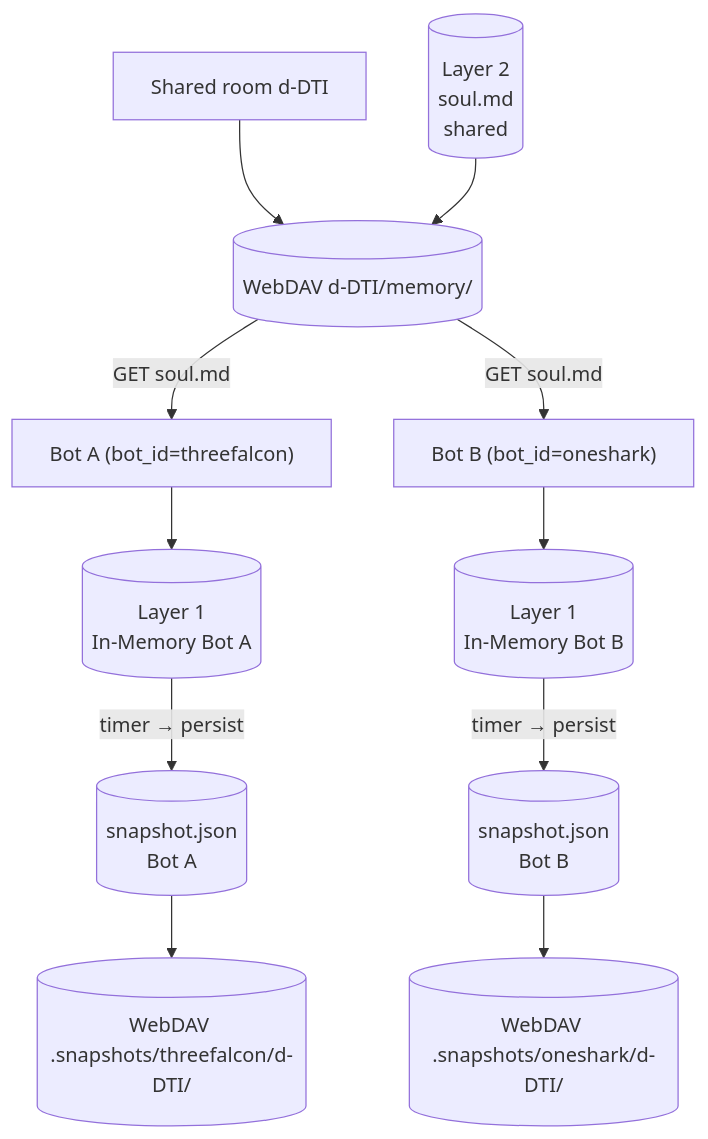
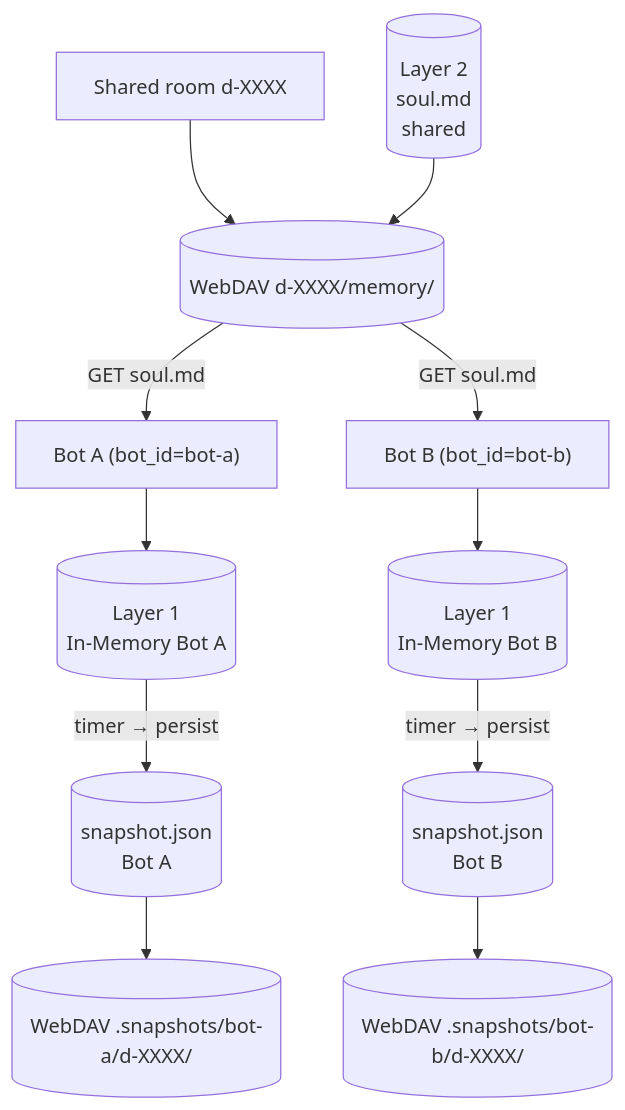
The sixth of 6 diagrams in _dfd/memory/memory.md (cosmoswafer/rockbot), drawn with Mermaid before and after one commit. The commit also changed other lines of this file, not shown here.

Commit message:
chore: desensitize bot/room IDs in memory DFD examples (closes #86)

````diff
--- a/_dfd/memory/memory.md
+++ b/_dfd/memory/memory.md
@@ -219,25 +219,25 @@
 ```mermaid
 flowchart TD
-    BOT_A["Bot A (bot_id=threefalcon)"]
-    BOT_B["Bot B (bot_id=oneshark)"]
-    ROOM["Shared room d-DTI"]
-    DAV_ROOM[(WebDAV d-DTI/memory/)]
-    DAV_SNAP_A[(WebDAV .snapshots/threefalcon/d-DTI/)]
-    DAV_SNAP_B[(WebDAV .snapshots/oneshark/d-DTI/)]
+    BOT_A["Bot A (bot_id=bot-a)"]
+    BOT_B["Bot B (bot_id=bot-b)"]
+    ROOM["Shared room d-XXXX"]
+    DAV_ROOM[(WebDAV d-XXXX/memory/)]
+    DAV_SNAP_A[(WebDAV .snapshots/bot-a/d-XXXX/)]
+    DAV_SNAP_B[(WebDAV .snapshots/bot-b/d-XXXX/)]
     L1_A[(Layer 1<br/>In-Memory Bot A)]
     L1_B[(Layer 1<br/>In-Memory Bot B)]
     SNAP_A[(snapshot.json<br/>Bot A)]
     SNAP_B[(snapshot.json<br/>Bot B)]
     L2[(Layer 2<br/>soul.md<br/>shared)]
 
     BOT_A --> L1_A
     BOT_B --> L1_B
     ROOM --> DAV_ROOM
     L1_A -->|"timer → persist"| SNAP_A
     L1_B -->|"timer → persist"| SNAP_B
     SNAP_A --> DAV_SNAP_A
     SNAP_B --> DAV_SNAP_B
     L2 --> DAV_ROOM
     DAV_ROOM -->|"GET soul.md"| BOT_A
     DAV_ROOM -->|"GET soul.md"| BOT_B
 ```
````
